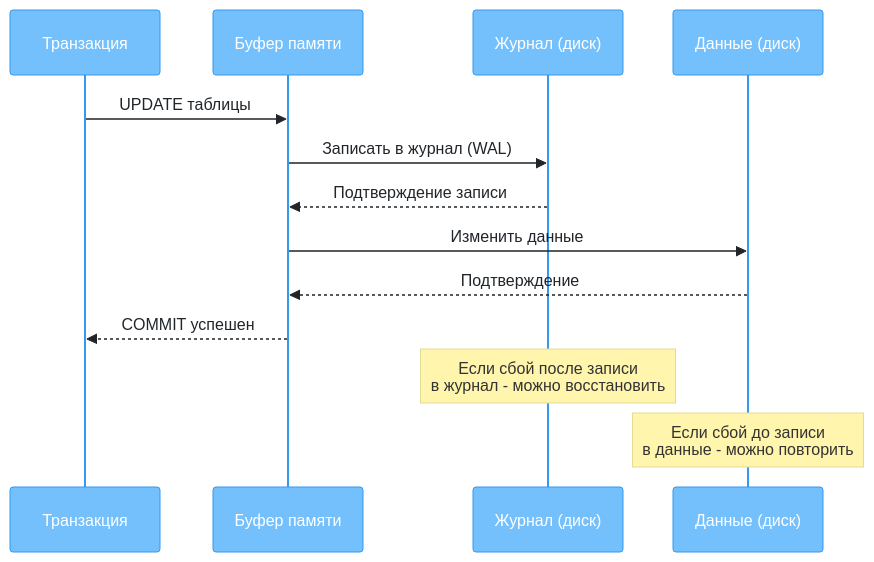
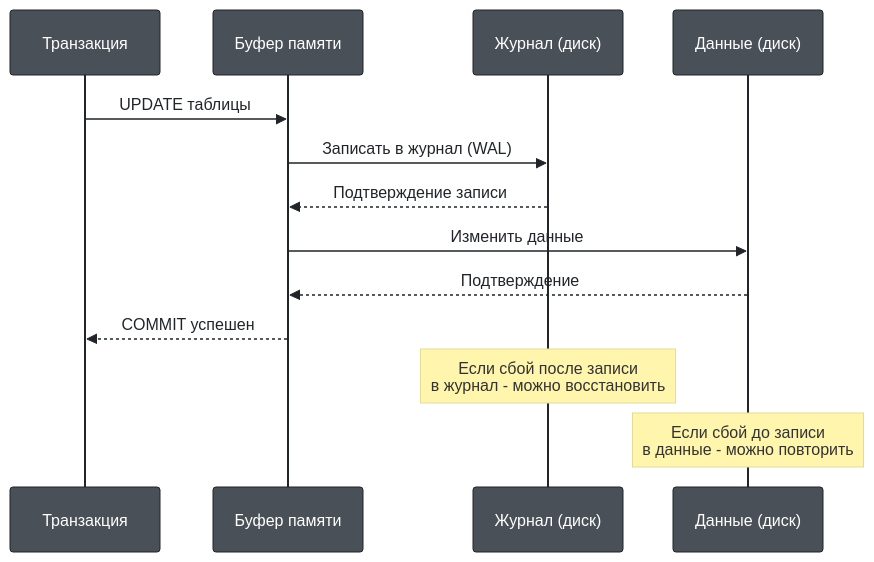
Before and after one commit to alx314vo/db_exam: diagram 13 of 23 in db_exam.md, drawn with Mermaid. The commit also changed other lines of this file, not shown here.

````diff
--- a/db_exam.md
+++ b/db_exam.md
@@ -651,18 +651,18 @@
 ```mermaid
-%%{init: {'theme':'base', 'themeVariables': {'primaryColor':'#74c0fc','primaryTextColor':'#fff','primaryBorderColor':'#339af0','lineColor':'#868e96','secondaryColor':'#868e96','tertiaryColor':'#ffc078','background':'#ffffff','textColor':'#212529'}}}%%
+%%{init: {'theme':'base', 'themeVariables': {'primaryColor':'#495057','primaryTextColor':'#fff','primaryBorderColor':'#212529','lineColor':'#868e96','secondaryColor':'#6c757d','tertiaryColor':'#adb5bd','background':'#ffffff','textColor':'#212529'}}}%%
 sequenceDiagram
     participant T as Транзакция
     participant M as Буфер памяти
     participant L as Журнал (диск)
     participant D as Данные (диск)
     
     T->>M: UPDATE таблицы
     M->>L: Записать в журнал (WAL)
     L-->>M: Подтверждение записи
     M->>D: Изменить данные
     D-->>M: Подтверждение
     M-->>T: COMMIT успешен
     
     Note over L: Если сбой после записи<br/>в журнал - можно восстановить
     Note over D: Если сбой до записи<br/>в данные - можно повторить
 ```
````
